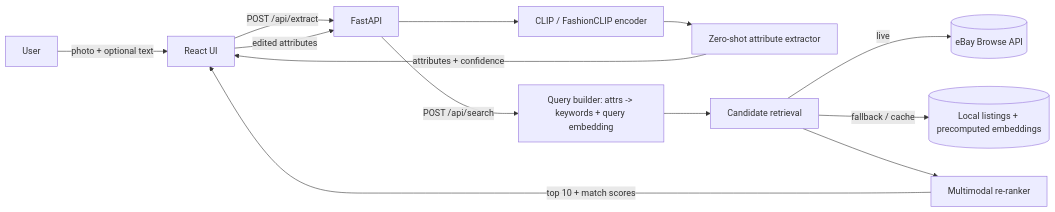
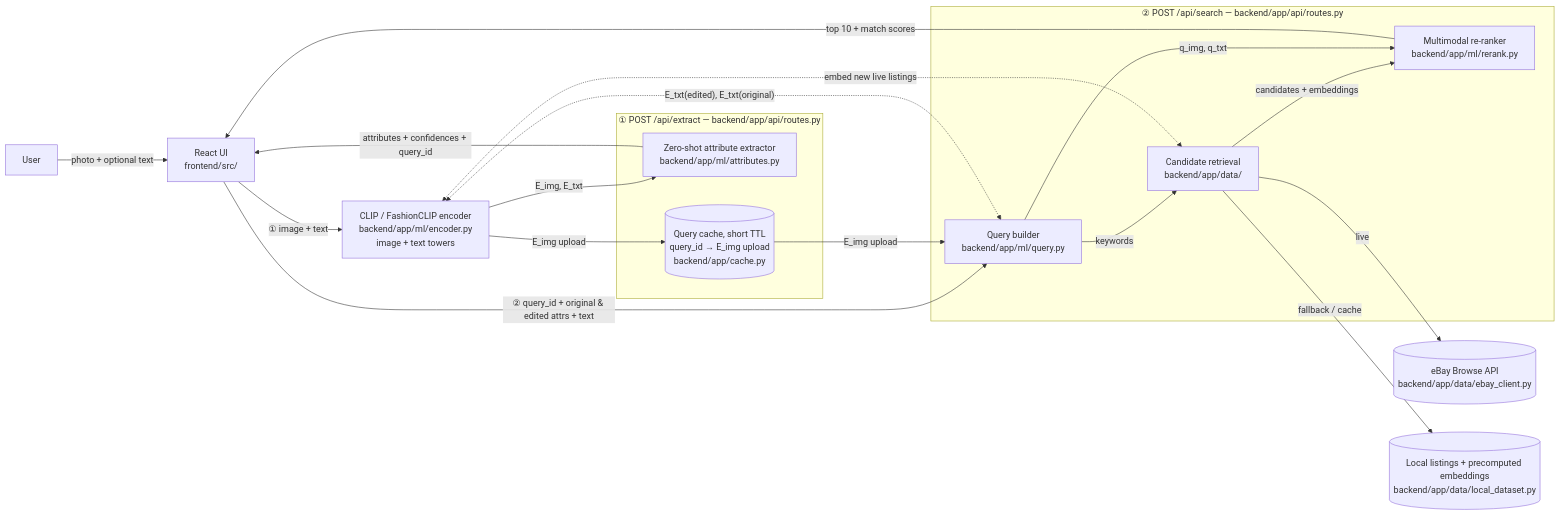
One commit to stephkmn/thrift-finder changed the first of 2 diagrams in docs/PHASE2_SPRINT_PLAN.md. Above: the diagram before and after it, drawn with Mermaid. The commit also changed 2 other files, not shown here.

Commit message:
S1-10: fix architecture diagram (query cache, encoder reuse, re-ranker inputs) and repo map

````diff
--- a/docs/PHASE2_SPRINT_PLAN.md
+++ b/docs/PHASE2_SPRINT_PLAN.md
@@ -115,15 +115,33 @@
 ```mermaid
 flowchart LR
-  U[User] -->|photo + optional text| FE[React UI]
-  FE -->|POST /api/extract| API[FastAPI]
-  API --> ENC[CLIP / FashionCLIP encoder]
-  ENC --> ATTR[Zero-shot attribute extractor]
-  ATTR -->|attributes + confidence| FE
-  FE -->|edited attributes| API
-  API -->|POST /api/search| QB[Query builder: attrs -> keywords + query embedding]
-  QB --> RET[Candidate retrieval]
-  RET -->|live| EBAY[(eBay Browse API)]
-  RET -->|fallback / cache| DS[(Local listings + precomputed embeddings)]
-  RET --> RR[Multimodal re-ranker]
+  U[User] -->|photo + optional text| FE[React UI<br/>frontend/src/]
+
+  ENC[CLIP / FashionCLIP encoder<br/>backend/app/ml/encoder.py<br/>image + text towers]
+
+  subgraph EXTRACT["① POST /api/extract — backend/app/api/routes.py"]
+    ATTR[Zero-shot attribute extractor<br/>backend/app/ml/attributes.py]
+    CACHE[(Query cache, short TTL<br/>query_id → E_img upload<br/>backend/app/cache.py)]
+  end
+
+  subgraph SEARCH["② POST /api/search — backend/app/api/routes.py"]
+    QB[Query builder<br/>backend/app/ml/query.py]
+    RET[Candidate retrieval<br/>backend/app/data/]
+    RR[Multimodal re-ranker<br/>backend/app/ml/rerank.py]
+  end
+
+  FE -->|"① image + text"| ENC
+  ENC -->|"E_img, E_txt"| ATTR
+  ENC -->|E_img upload| CACHE
+  ATTR -->|"attributes + confidences + query_id"| FE
+
+  FE -->|"② query_id + original & edited attrs + text"| QB
+  CACHE -->|E_img upload| QB
+  QB <-.->|"E_txt(edited), E_txt(original)"| ENC
+  QB -->|keywords| RET
+  RET -->|live| EBAY[(eBay Browse API<br/>backend/app/data/ebay_client.py)]
+  RET -->|"fallback / cache"| DS[(Local listings + precomputed embeddings<br/>backend/app/data/local_dataset.py)]
+  RET <-.->|embed new live listings| ENC
+  RET -->|candidates + embeddings| RR
+  QB -->|"q_img, q_txt"| RR
   RR -->|top 10 + match scores| FE
 ```
````
